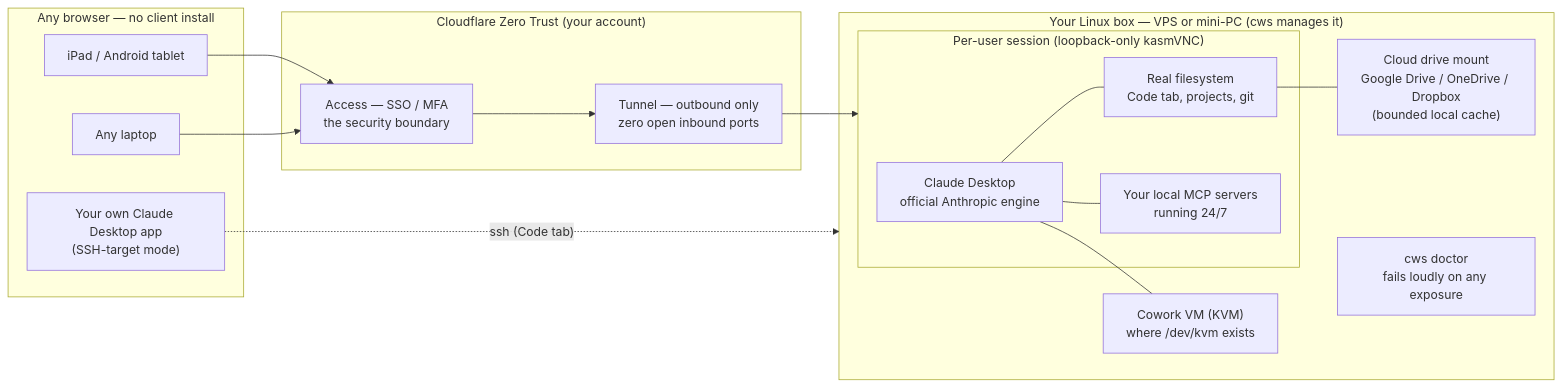
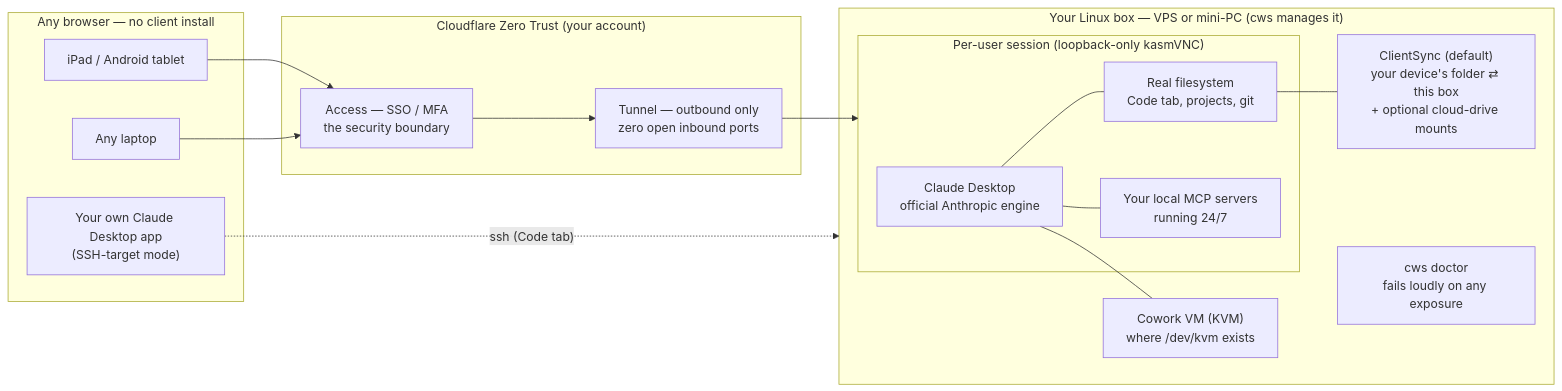
One commit to JongoDB/coworkstation changed the diagram in README.md. Above: the diagram before and after it, drawn with Mermaid. The commit also changed other lines of this file and 13 other files, not shown here.

First line of the commit message:
ClientSync by default; align with claude-desktop-debian v3.0.0

````diff
--- a/README.md
+++ b/README.md
@@ -11,34 +11,34 @@
 ```mermaid
 flowchart LR
     subgraph devices["Any browser — no client install"]
         ipad["iPad / Android tablet"]
         laptop["Any laptop"]
         own["Your own Claude Desktop app<br/>(SSH-target mode)"]
     end
 
     subgraph edge["Cloudflare Zero Trust (your account)"]
         access["Access — SSO / MFA<br/>the security boundary"]
         tunnel["Tunnel — outbound only<br/>zero open inbound ports"]
     end
 
     subgraph box["Your Linux box — VPS or mini-PC (cws manages it)"]
         subgraph session["Per-user session (loopback-only kasmVNC)"]
             claude["Claude Desktop<br/>official Anthropic engine"]
             fs["Real filesystem<br/>Code tab, projects, git"]
             mcp["Your local MCP servers<br/>running 24/7"]
         end
-        drive["Cloud drive mount<br/>Google Drive / OneDrive / Dropbox<br/>(bounded local cache)"]
+        drive["ClientSync (default)<br/>your device's folder ⇄ this box<br/>+ optional cloud-drive mounts"]
         cowork["Cowork VM (KVM)<br/>where /dev/kvm exists"]
         doctor["cws doctor<br/>fails loudly on any exposure"]
     end
 
     ipad --> access
     laptop --> access
     access --> tunnel
     tunnel --> session
     own -. "ssh (Code tab)" .-> box
     claude --- fs
     claude --- mcp
     fs --- drive
     claude --- cowork
 ```
````
